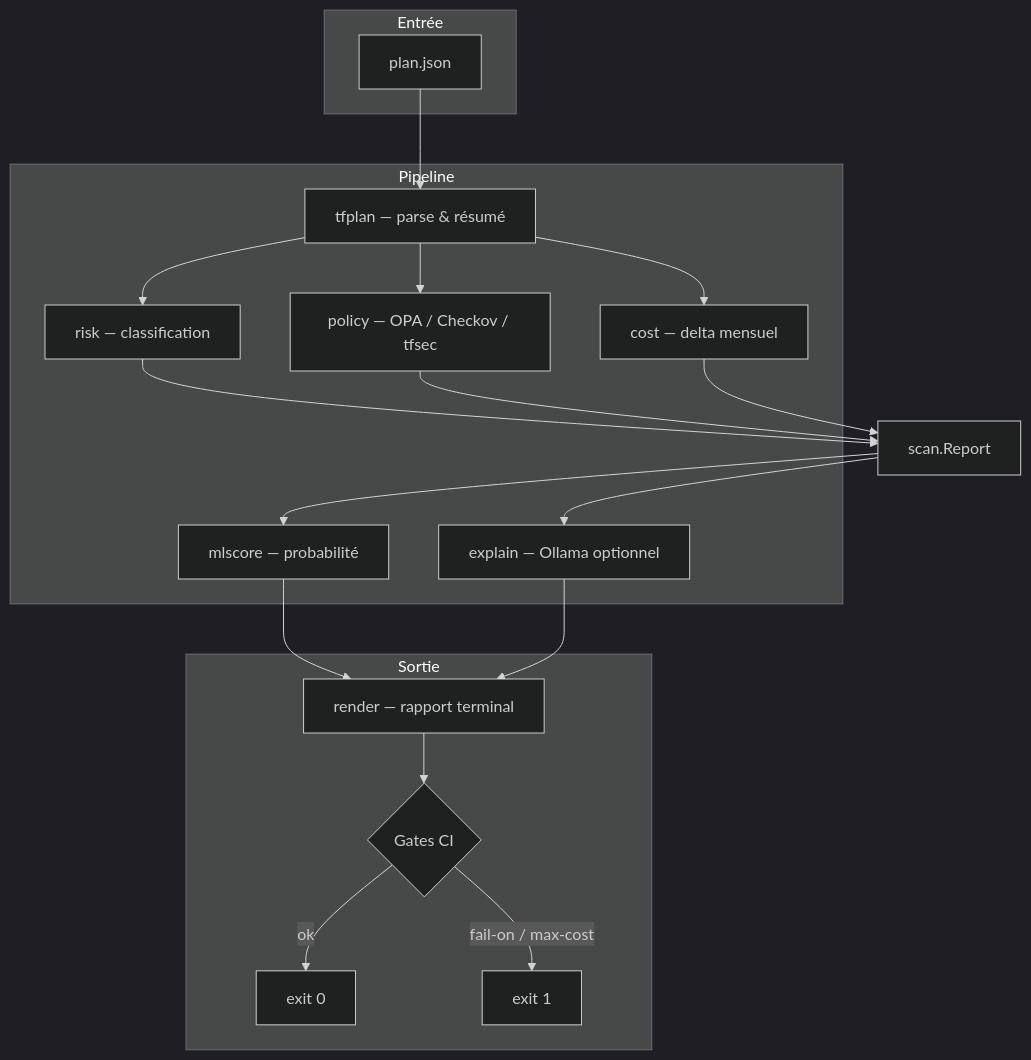
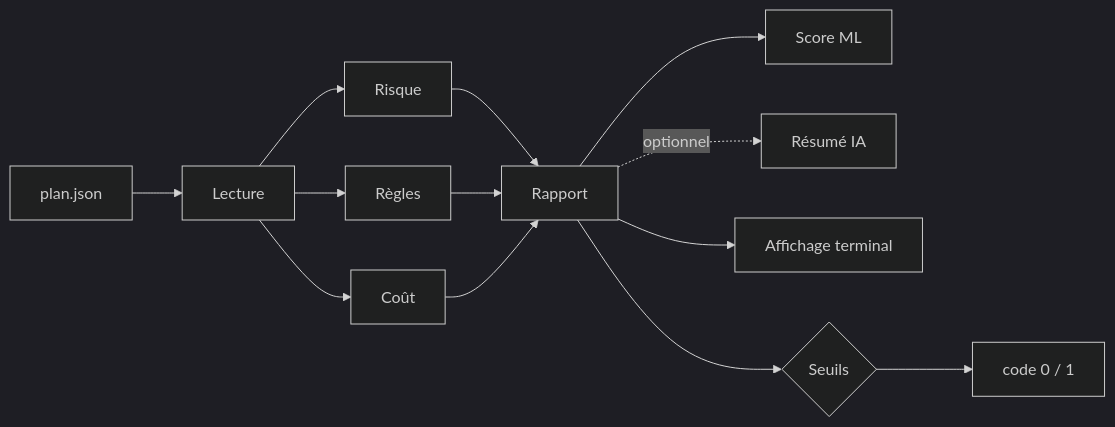
Before and after one commit to SamyBaouche/tfguard: the diagram in README.fr.md, drawn with Mermaid (dark theme). The commit also changed other lines of this file and 2 other files, not shown here.

````diff
--- a/README.fr.md
+++ b/README.fr.md
@@ -105,37 +178,15 @@
 ```mermaid
-flowchart TB
-  subgraph Entrée
-    A[plan.json]
-  end
-
-  subgraph Pipeline
-    B[tfplan — parse & résumé]
-    C[risk — classification]
-    D[policy — OPA / Checkov / tfsec]
-    E[cost — delta mensuel]
-    F[mlscore — probabilité]
-    G[explain — Ollama optionnel]
-  end
-
-  subgraph Sortie
-    H[render — rapport terminal]
-    I{Gates CI}
-    J[exit 0]
-    K[exit 1]
-  end
-
-  A --> B
-  B --> C
-  B --> D
-  B --> E
-  C --> scan[scan.Report]
-  D --> scan
-  E --> scan
-  scan --> F
-  scan --> G
-  F --> H
-  G --> H
-  H --> I
-  I -->|ok| J
-  I -->|fail-on / max-cost| K
+flowchart LR
+  A[plan.json] --> B[Lecture]
+  B --> C[Risque]
+  B --> D[Règles]
+  B --> E[Coût]
+  C --> R[Rapport]
+  D --> R
+  E --> R
+  R --> F[Score ML]
+  R -. optionnel .-> G[Résumé IA]
+  R --> H[Affichage terminal]
+  R --> I{Seuils}
+  I --> J[code 0 / 1]
 ```
````
